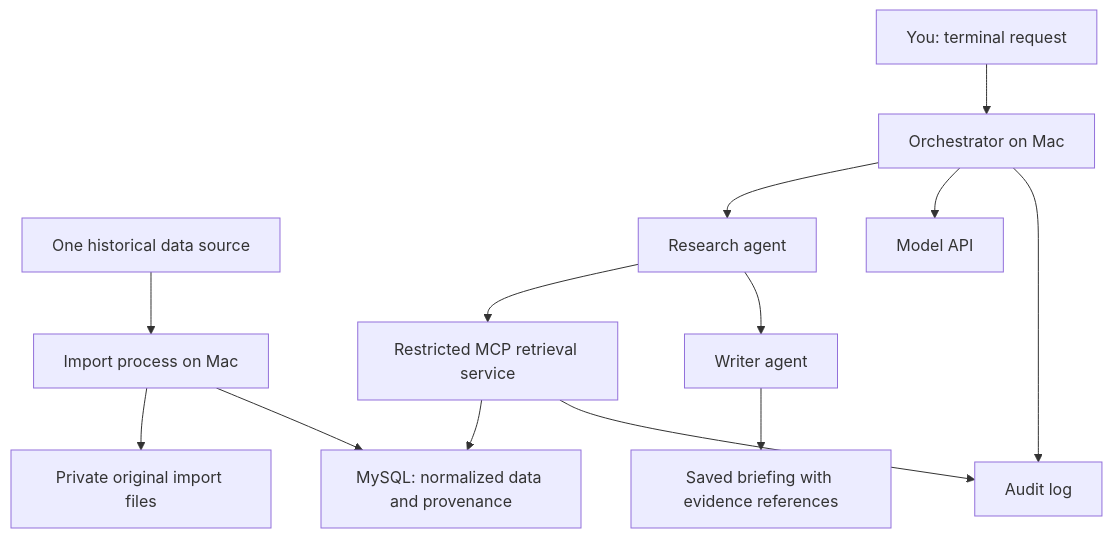
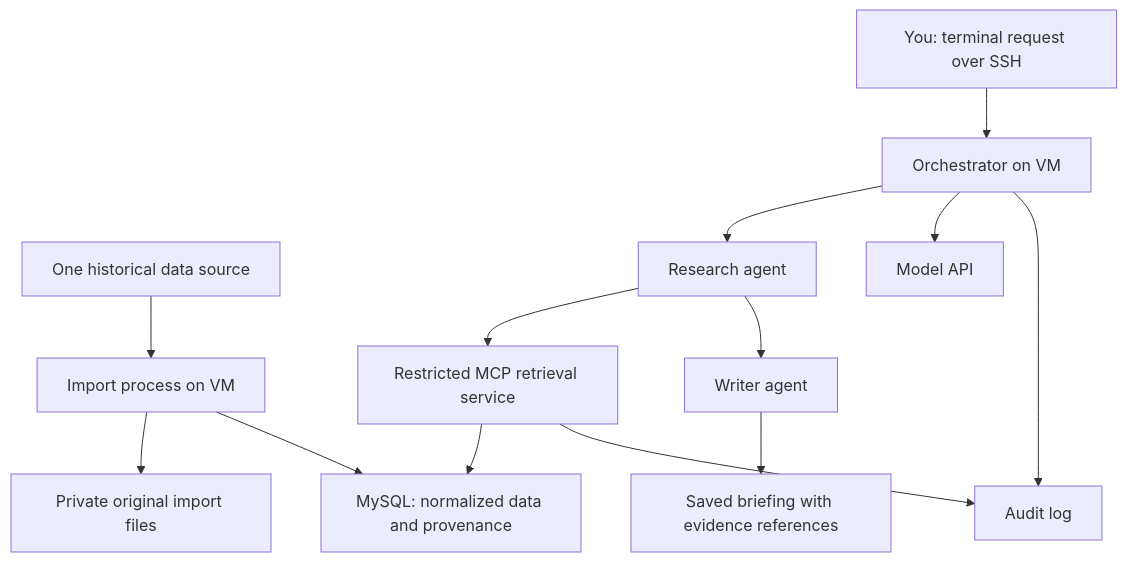
One commit to ryancesutton/stillwater-longhorns changed the diagram in docs/project-outline.md. Above: the diagram before and after it, drawn with Mermaid. The commit also changed other lines of this file and 1 other file, not shown here.

````diff
--- a/docs/project-outline.md
+++ b/docs/project-outline.md
@@ -22,15 +22,15 @@
 ```mermaid
 flowchart TD
-    D[One historical data source] --> IM[Import process on Mac]
+    D[One historical data source] --> IM[Import process on VM]
     IM --> RAW[Private original import files]
     IM --> DB[MySQL: normalized data and provenance]
-    U[You: terminal request] --> O[Orchestrator on Mac]
+    U[You: terminal request over SSH] --> O[Orchestrator on VM]
     O --> R[Research agent]
     R --> M[Restricted MCP retrieval service]
     M --> DB
     R --> W[Writer agent]
     W --> B[Saved briefing with evidence references]
     O --> API[Model API]
     O --> L[Audit log]
     M --> L
 ```
````
